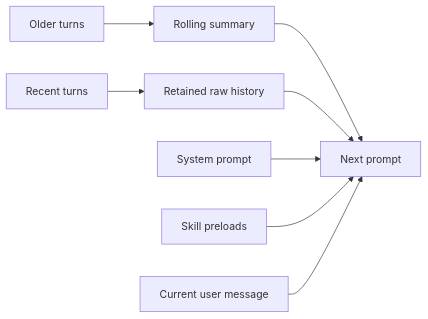
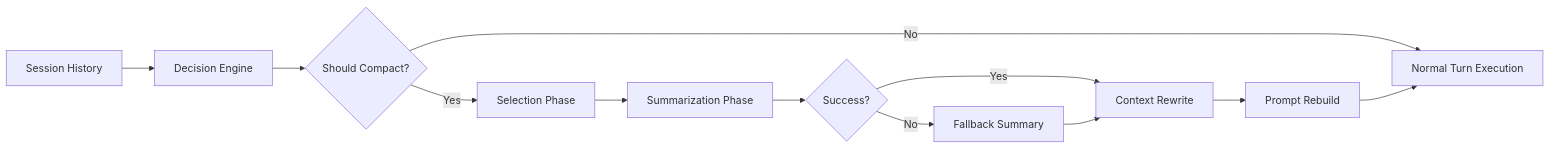
The first of 12 diagrams in doc/context-compaction.md (lastweek/nano-coder), drawn with Mermaid before and after one commit. The commit also changed other lines of this file and 18 other files, not shown here.

````diff
--- a/doc/context-compaction.md
+++ b/doc/context-compaction.md
@@ -33,10 +71,14 @@
 ```mermaid
 flowchart LR
-    A[Older turns] --> B[Rolling summary]
-    C[Recent turns] --> D[Retained raw history]
-    B --> E[Next prompt]
-    D --> E
-    F[System prompt] --> E
-    G[Skill preloads] --> E
-    H[Current user message] --> E
+    A[Session History] --> B[Decision Engine]
+    B --> C{Should Compact?}
+    C -- No --> D[Normal Turn Execution]
+    C -- Yes --> E[Selection Phase]
+    E --> F[Summarization Phase]
+    F --> G{Success?}
+    G -- Yes --> H[Context Rewrite]
+    G -- No --> I[Fallback Summary]
+    I --> H
+    H --> J[Prompt Rebuild]
+    J --> D
 ```
````
